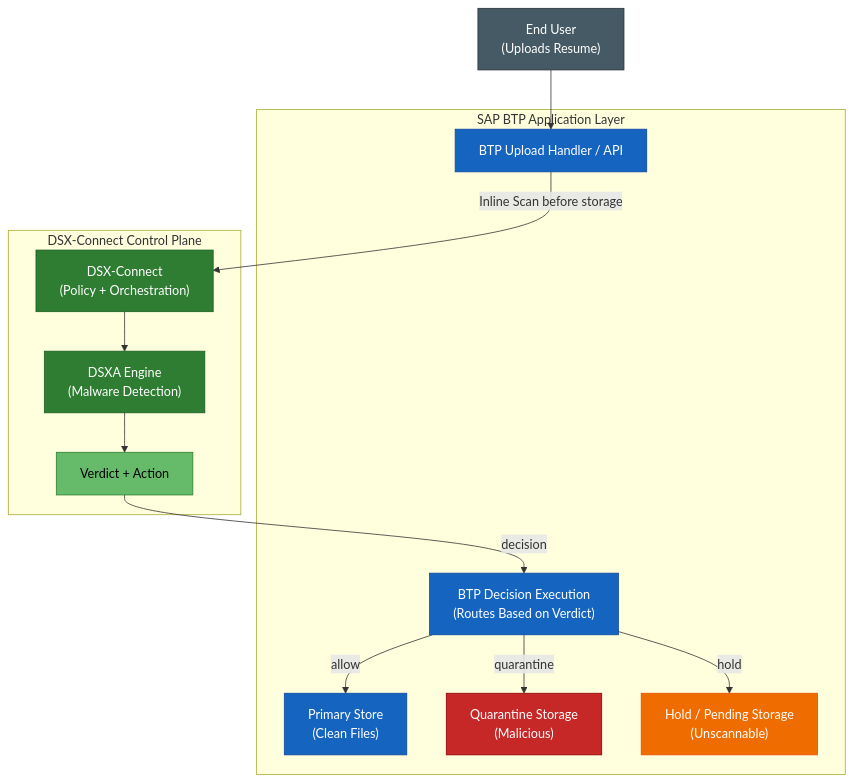
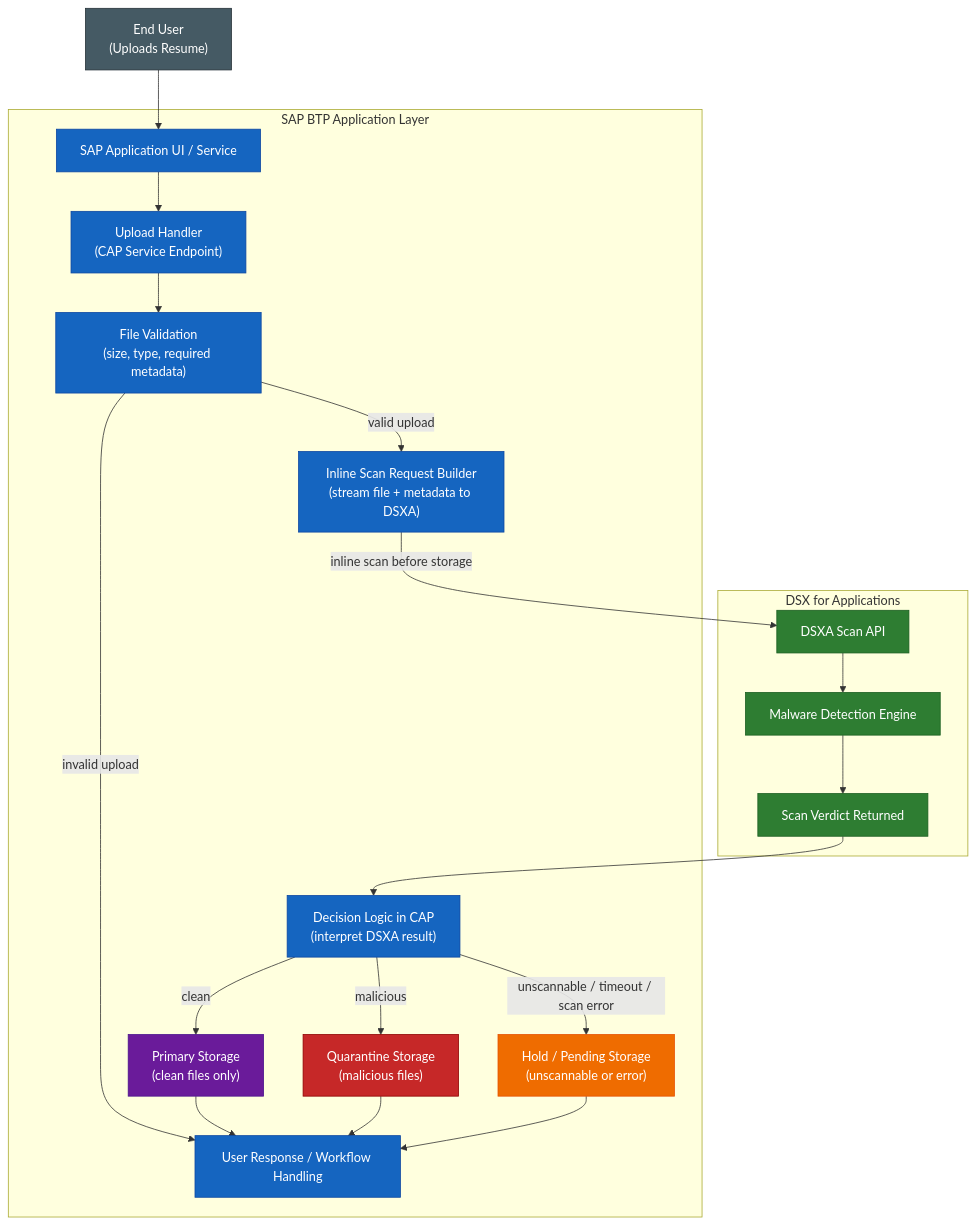
One commit to deep-instinct/dsx-connect changed the second of 5 diagrams in docs/case-studies/btp-inline-scan-diagram.md. Above: the diagram before and after it, drawn with Mermaid. The commit also changed other lines of this file and 24 other files, not shown here.

````diff
--- a/docs/case-studies/btp-inline-scan-diagram.md
+++ b/docs/case-studies/btp-inline-scan-diagram.md
@@ -28,43 +48,57 @@
 ```mermaid
 flowchart TD
 
     A["End User<br/>(Uploads Resume)"]
 
     subgraph BTP["SAP BTP Application Layer"]
-        B["BTP Upload Handler / API"]
-        I["BTP Decision Execution<br/>(Routes Based on Verdict)"]
-        F["Primary Store<br/>(Clean Files)"]
-        G["Quarantine Storage<br/>(Malicious)"]
-        H["Hold / Pending Storage<br/>(Unscannable)"]
+        B["SAP Application UI / Service"]
+        C["Upload Handler<br/>(CAP Service Endpoint)"]
+        D["File Validation<br/>(size, type, required metadata)"]
+        E["Inline Scan Request Builder<br/>(stream file + metadata to DSXA)"]
+        I["Decision Logic in CAP<br/>(interpret DSXA result)"]
+        J["User Response / Workflow Handling"]
+        F["Primary Storage<br/>(clean files only)"]
+        G["Quarantine Storage<br/>(malicious files)"]
+        H["Hold / Pending Storage<br/>(unscannable or error)"]
     end
 
-    subgraph DSX["DSX-Connect Control Plane"]
-        C["DSX-Connect<br/>(Policy + Orchestration)"]
-        D["DSXA Engine<br/>(Malware Detection)"]
-        E["Verdict + Action"]
+    subgraph DSXA["DSX for Applications"]
+        X["DSXA Scan API"]
+        Y["Malware Detection Engine"]
+        Z["Scan Verdict Returned"]
     end
 
     A --> B
-    B -->|Inline Scan before storage| C
+    B --> C
     C --> D
-    D --> E
+    D -->|valid upload| E
+    D -->|invalid upload| J
 
-    E -->|decision| I
-    I -->|allow| F
-    I -->|quarantine| G
-    I -->|hold| H
+    E -->|inline scan before storage| X
+    X --> Y
+    Y --> Z
+
+    Z --> I
+
+    I -->|clean| F
+    I -->|malicious| G
+    I -->|unscannable / timeout / scan error| H
+
+    F --> J
+    G --> J
+    H --> J
 
     classDef user fill:#455a64,stroke:#263238,color:#ffffff
     classDef btp fill:#1565c0,stroke:#0d47a1,color:#ffffff
-    classDef dsx fill:#2e7d32,stroke:#1b5e20,color:#ffffff
-    classDef verdict fill:#66bb6a,stroke:#2e7d32,color:#000000
+    classDef dsxa fill:#2e7d32,stroke:#1b5e20,color:#ffffff
+    classDef storage fill:#6a1b9a,stroke:#4a148c,color:#ffffff
     classDef quarantine fill:#c62828,stroke:#8e0000,color:#ffffff
     classDef hold fill:#ef6c00,stroke:#e65100,color:#ffffff
 
     class A user
-    class B,I,F btp
-    class C,D dsx
-    class E verdict
+    class B,C,D,E,I,J btp
+    class X,Y,Z dsxa
+    class F storage
     class G quarantine
     class H hold
 ```
````
